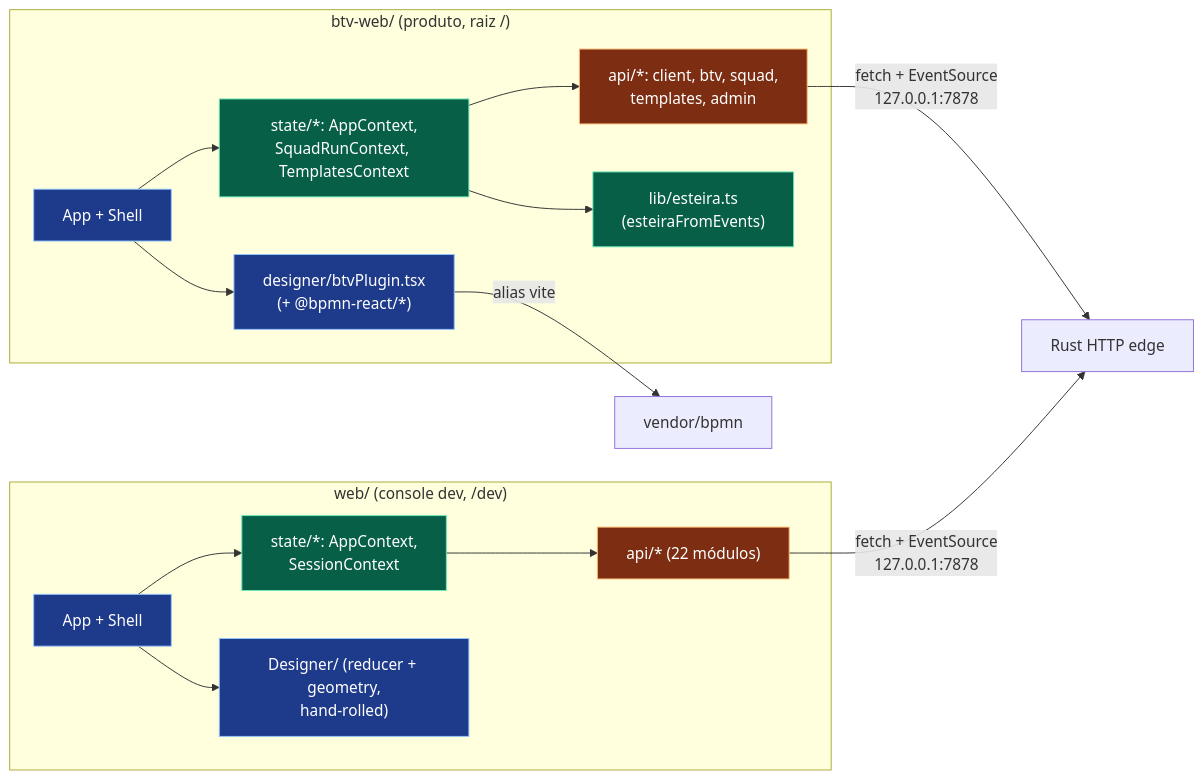
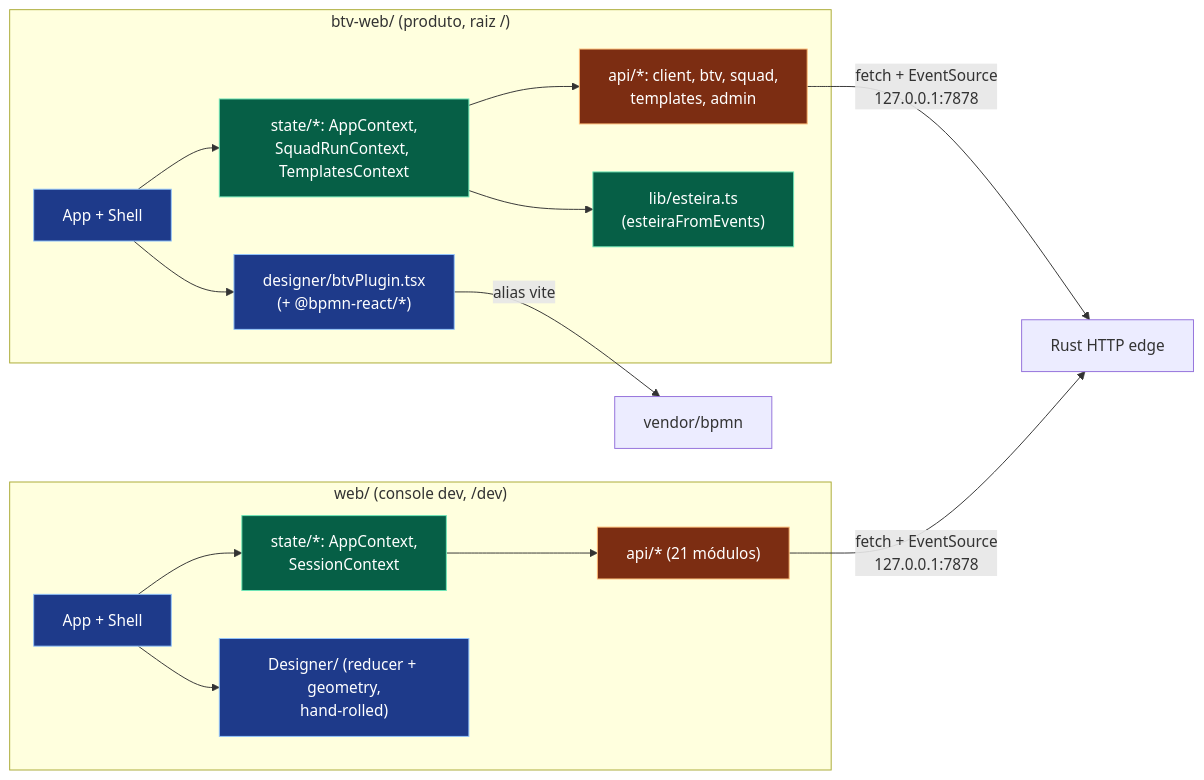
The third of 3 diagrams in docs/documentacao/diagramas/03-pacotes.md (danzeroum/btv), drawn with Mermaid before and after one commit. The commit also changed 4 other files, not shown here.

First line of the commit message:
docs(documentacao): reconcilia diagramas/ com o código atual

````diff
--- a/docs/documentacao/diagramas/03-pacotes.md
+++ b/docs/documentacao/diagramas/03-pacotes.md
@@ -104,27 +104,27 @@
 ```mermaid
 flowchart LR
     classDef ctx fill:#065f46,stroke:#6ee7b7,color:#fff
     classDef api fill:#7c2d12,stroke:#fdba74,color:#fff
     classDef ui fill:#1e3a8a,stroke:#93c5fd,color:#fff
 
     subgraph BTVWEB["btv-web/ (produto, raiz /)"]
         BW_APP["App + Shell"]:::ui
         BW_CTX["state/*: AppContext,\nSquadRunContext, TemplatesContext"]:::ctx
         BW_API["api/*: client, btv, squad,\ntemplates, admin"]:::api
         BW_LIB["lib/esteira.ts\n(esteiraFromEvents)"]:::ctx
         BW_DES["designer/btvPlugin.tsx\n(+ @bpmn-react/*)"]:::ui
         BW_APP --> BW_CTX --> BW_API
         BW_CTX --> BW_LIB
         BW_APP --> BW_DES
     end
     subgraph WEB["web/ (console dev, /dev)"]
         W_APP["App + Shell"]:::ui
         W_CTX["state/*: AppContext,\nSessionContext"]:::ctx
-        W_API["api/* (22 módulos)"]:::api
+        W_API["api/* (21 módulos)"]:::api
         W_DES["Designer/ (reducer + geometry,\nhand-rolled)"]:::ui
         W_APP --> W_CTX --> W_API
         W_APP --> W_DES
     end
     BW_API & W_API -->|fetch + EventSource\n127.0.0.1:7878| RUST["Rust HTTP edge"]
     BW_DES -->|alias vite| BPMN["vendor/bpmn"]
 ```
````
